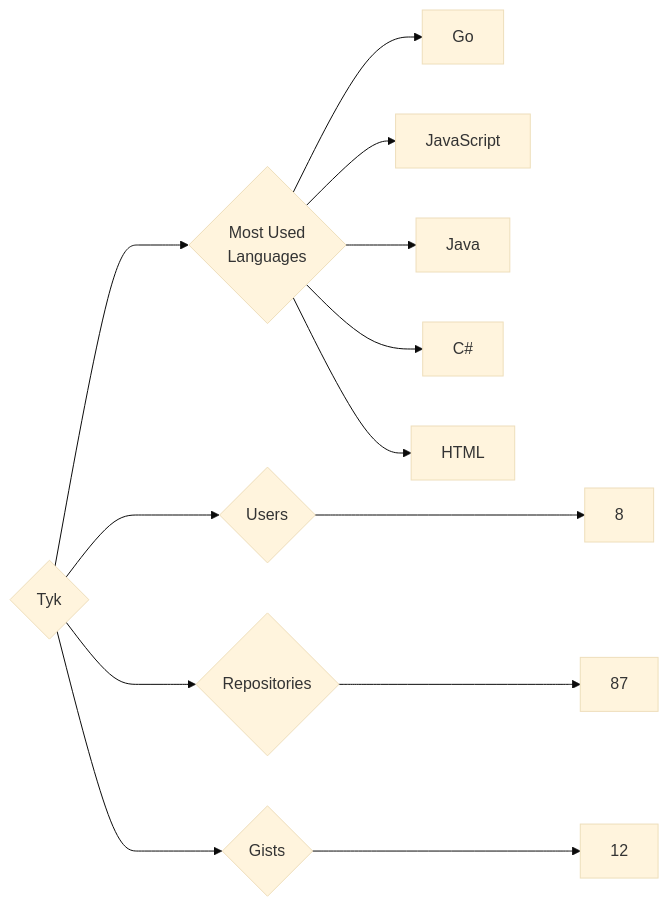
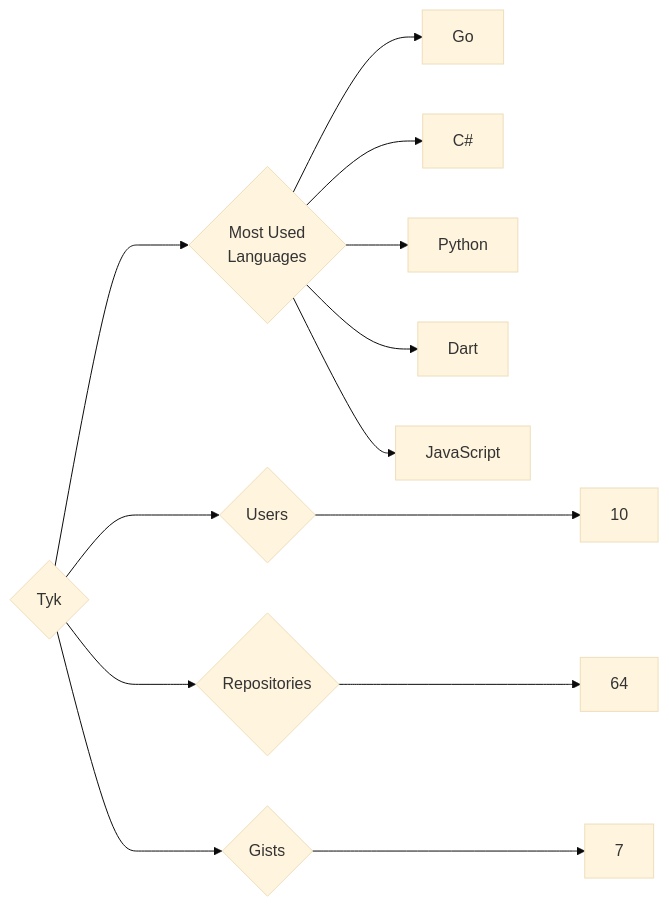
Before and after one commit to trickest/insiders: the diagram in targets/Tyk/README.md, drawn with Mermaid (base theme). The commit also changed 877 other files, not shown here.

````diff
--- a/targets/Tyk/README.md
+++ b/targets/Tyk/README.md
@@ -3,13 +3,13 @@
 ```mermaid
 graph LR
 COMPANY_NAME{Tyk}
-COMPANY_NAME ---> U{Users} ---> UN[8]
-COMPANY_NAME ---> R{Repositories} ---> RN[87]
-COMPANY_NAME ---> G{Gists} ---> GN[12]
+COMPANY_NAME ---> U{Users} ---> UN[10]
+COMPANY_NAME ---> R{Repositories} ---> RN[64]
+COMPANY_NAME ---> G{Gists} ---> GN[7]
 COMPANY_NAME ---> ML{Most Used<br>Languages}
 ML --> Go[Go]
+ML --> C#[C#]
+ML --> Python[Python]
+ML --> Dart[Dart]
 ML --> JavaScript[JavaScript]
-ML --> Java[Java]
-ML --> C#[C#]
-ML --> HTML[HTML]
 ```
````
